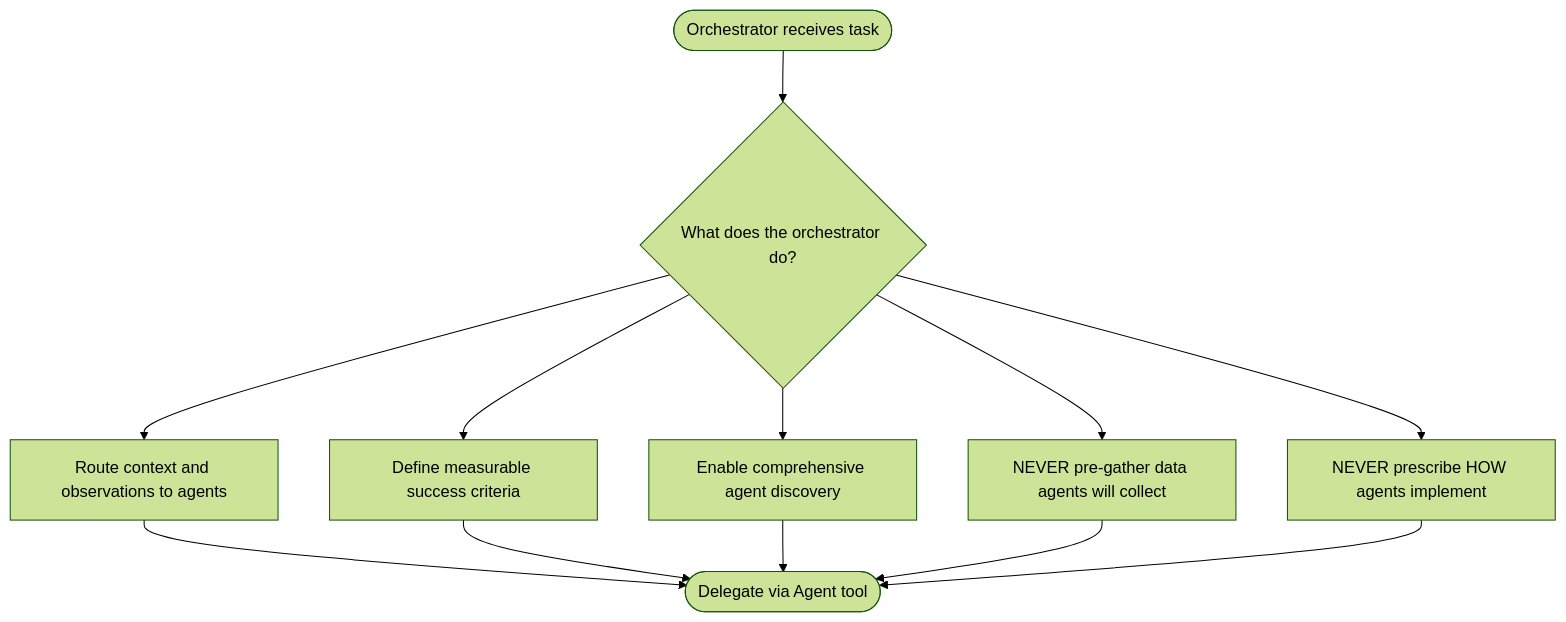
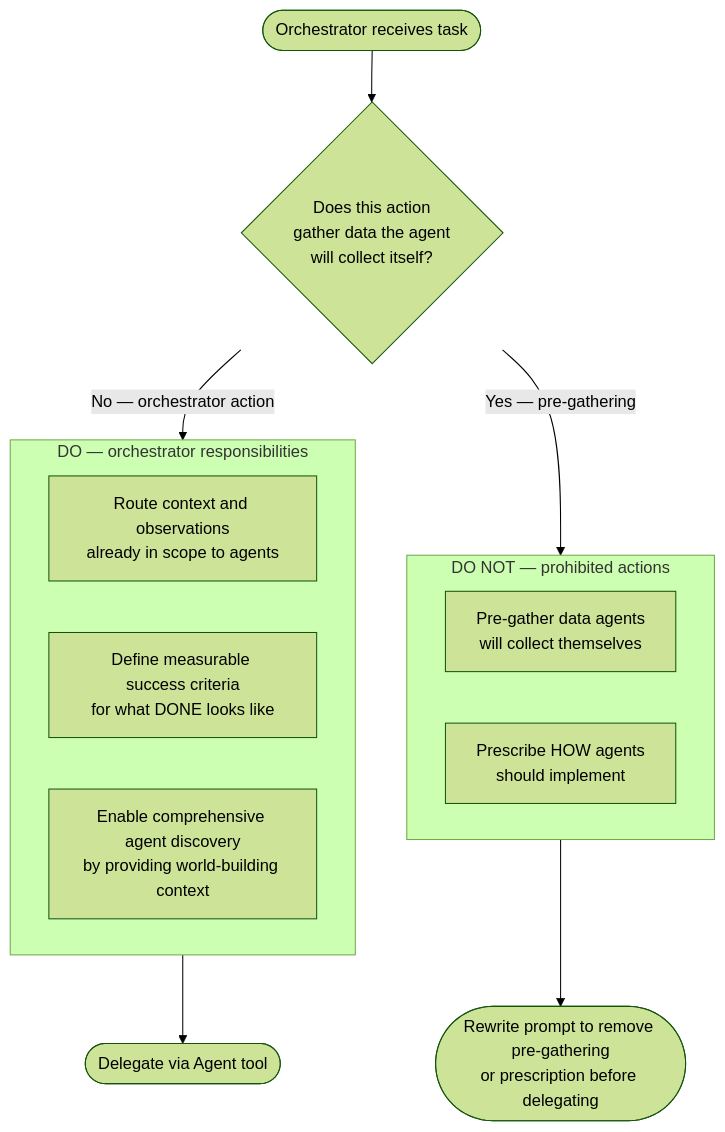
One commit to chgreer1070/claude_skills changed the first of 8 diagrams in plugins/agent-orchestration/skills/agent-orchestration/SKILL.md. Above: the diagram before and after it, drawn with Mermaid (forest theme). The commit also changed other lines of this file and 18 other files, not shown here.

First line of the commit message:
feat(orchestrator-discipline): implement tool use denial protocol and bash built-in tool enforcement

````diff
--- a/plugins/agent-orchestration/skills/agent-orchestration/SKILL.md
+++ b/plugins/agent-orchestration/skills/agent-orchestration/SKILL.md
@@ -35,11 +36,21 @@
 ```mermaid
 flowchart TD
-    Start([Orchestrator receives task]) --> Q1{What does the orchestrator do?}
-    Q1 --> R1[Route context and observations to agents]
-    Q1 --> R2[Define measurable success criteria]
-    Q1 --> R3[Enable comprehensive agent discovery]
-    Q1 --> NEVER[NEVER pre-gather data agents will collect]
-    Q1 --> NEVER2[NEVER prescribe HOW agents implement]
-    R1 & R2 & R3 --> Delegate([Delegate via Agent tool])
-    NEVER & NEVER2 --> Delegate
+    Start(["Orchestrator receives task"]) --> Classify{"Does this action<br>gather data the agent<br>will collect itself?"}
+
+    Classify -->|"No — orchestrator action"| subDo
+    Classify -->|"Yes — pre-gathering"| subNo
+
+    subgraph subDo["DO — orchestrator responsibilities"]
+        R1["Route context and observations<br>already in scope to agents"]
+        R2["Define measurable success criteria<br>for what DONE looks like"]
+        R3["Enable comprehensive agent discovery<br>by providing world-building context"]
+    end
+
+    subgraph subNo["DO NOT — prohibited actions"]
+        N1["Pre-gather data agents<br>will collect themselves"]
+        N2["Prescribe HOW agents<br>should implement"]
+    end
+
+    subDo --> Delegate(["Delegate via Agent tool"])
+    subNo --> Rewrite(["Rewrite prompt to remove pre-gathering<br>or prescription before delegating"])
 ```
````
